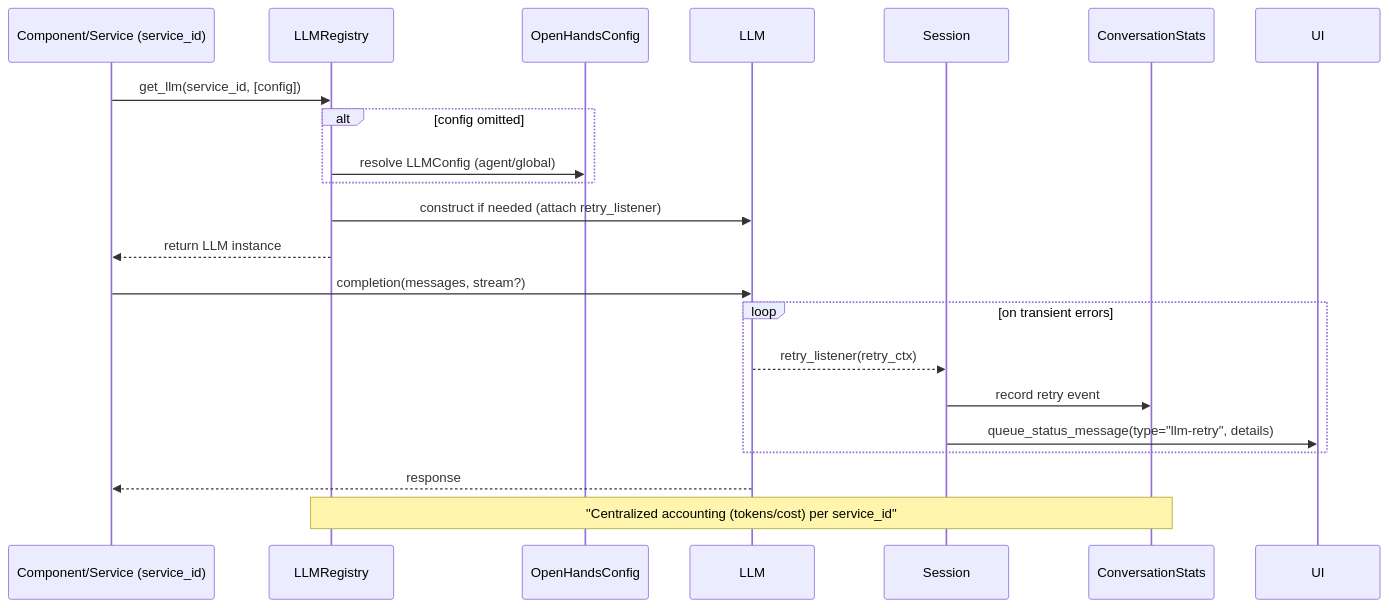
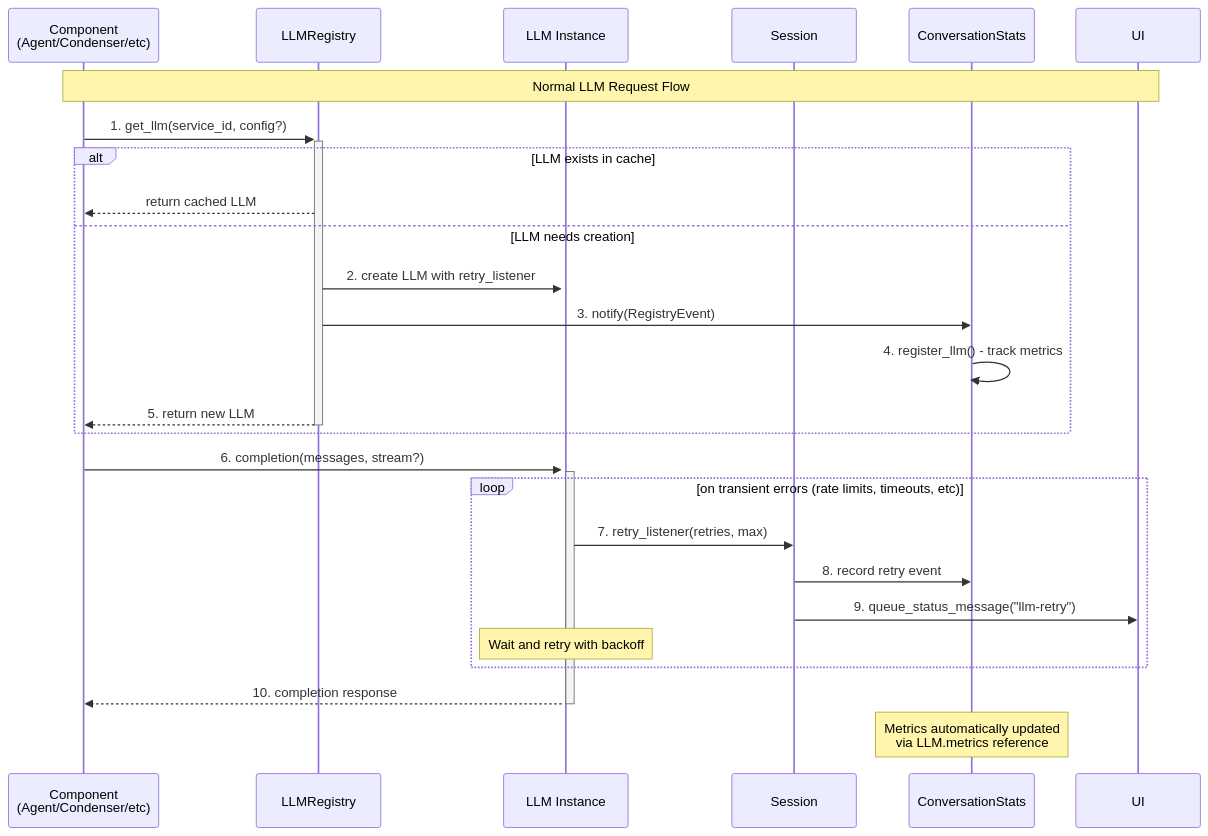
Before and after one commit to All-Hands-AI/OpenHands: the fifth of 6 diagrams in docs/usage/architecture/backend.mdx, drawn with Mermaid. The commit also changed other lines of this file, not shown here.

First line of the commit message:
Improve LLM architecture diagrams for clarity and readability

````diff
--- a/docs/usage/architecture/backend.mdx
+++ b/docs/usage/architecture/backend.mdx
@@ -175,25 +205,34 @@
 ```mermaid
 sequenceDiagram
-  participant Service as Component/Service (service_id)
+  participant Service as Component<br/>(Agent/Condenser/etc)
   participant Registry as LLMRegistry
-  participant Config as OpenHandsConfig
-  participant LLM as LLM
+  participant LLM as LLM Instance
   participant Session as Session
   participant Stats as ConversationStats
+  participant UI as UI
 
-  Service->>Registry: get_llm(service_id, [config])
-  alt config omitted
-    Registry->>Config: resolve LLMConfig (agent/global)
+  Note over Service,UI: Normal LLM Request Flow
+  
+  Service->>+Registry: 1. get_llm(service_id, config?)
+  
+  alt LLM exists in cache
+    Registry-->>Service: return cached LLM
+  else LLM needs creation
+    Registry->>+LLM: 2. create LLM with retry_listener
+    Registry->>Stats: 3. notify(RegistryEvent)
+    Stats->>Stats: 4. register_llm() - track metrics
+    Registry-->>-Service: 5. return new LLM
   end
-  Registry->>LLM: construct if needed (attach retry_listener)
-  Registry-->>Service: return LLM instance
-
-  Service->>LLM: completion(messages, stream?)
-  loop on transient errors
-    LLM-->>Session: retry_listener(retry_ctx)
-    Session->>Stats: record retry event
-    Session->>UI: queue_status_message(type="llm-retry", details)
+  
+  Service->>+LLM: 6. completion(messages, stream?)
+  
+  loop on transient errors (rate limits, timeouts, etc)
+    LLM->>Session: 7. retry_listener(retries, max)
+    Session->>Stats: 8. record retry event  
+    Session->>UI: 9. queue_status_message("llm-retry")
+    Note over LLM: Wait and retry with backoff
   end
-  LLM-->>Service: response
-  Note over Registry,Stats: "Centralized accounting (tokens/cost) per service_id"
+  
+  LLM-->>-Service: 10. completion response
+  Note over Stats: Metrics automatically updated<br/>via LLM.metrics reference
 ```
````
